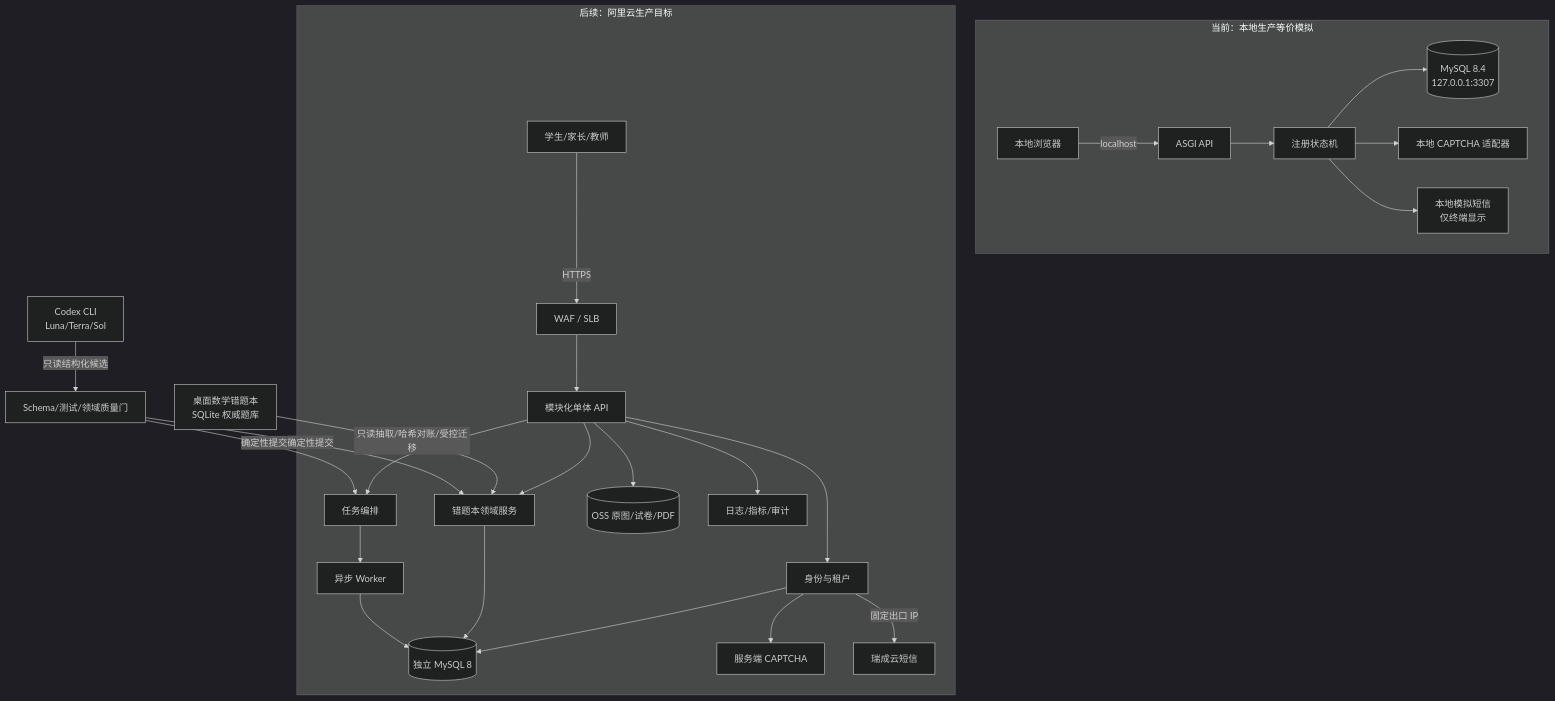
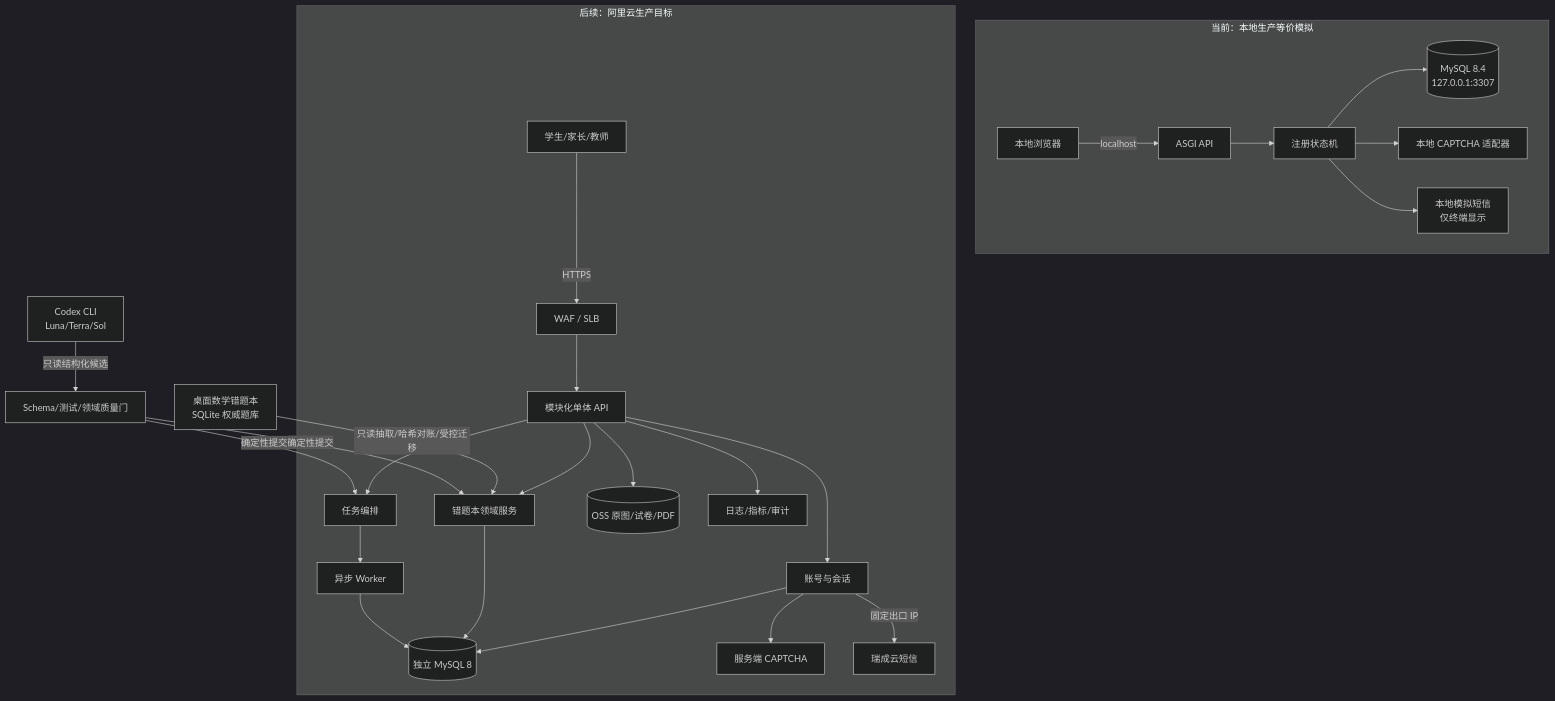
One commit to chjesu/math-error-notebook-web changed the first of 3 diagrams in PROJECT_ARCHITECTURE.md. Above: the diagram before and after it, drawn with Mermaid (dark theme). The commit also changed other lines of this file and 11 other files, not shown here.

````diff
--- a/PROJECT_ARCHITECTURE.md
+++ b/PROJECT_ARCHITECTURE.md
@@ -13,31 +17,31 @@
 ```mermaid
 flowchart TB
     subgraph LOCAL[当前：本地生产等价模拟]
         LB[本地浏览器] -->|localhost| LAPI[ASGI API]
         LAPI --> LAUTH[注册状态机]
         LAUTH --> LDB[(MySQL 8.4\n127.0.0.1:3307)]
         LAUTH --> LCAPTCHA[本地 CAPTCHA 适配器]
         LAUTH --> LSMS[本地模拟短信\n仅终端显示]
     end
 
     subgraph TARGET[后续：阿里云生产目标]
         U[学生/家长/教师] -->|HTTPS| WAF[WAF / SLB]
         WAF --> API[模块化单体 API]
-        API --> AUTH[身份与租户]
+        API --> AUTH[账号与会话]
         API --> DOMAIN[错题本领域服务]
         API --> JOBS[任务编排]
         JOBS --> WORKER[异步 Worker]
         AUTH --> MYSQL[(独立 MySQL 8)]
         DOMAIN --> MYSQL
         WORKER --> MYSQL
         API --> OSS[(OSS 原图/试卷/PDF)]
         AUTH --> CAPTCHA[服务端 CAPTCHA]
         AUTH -->|固定出口 IP| SMS[瑞成云短信]
         API --> OBS[日志/指标/审计]
     end
 
     DESKTOP[桌面数学错题本\nSQLite 权威题库] -->|只读抽取/哈希对账/受控迁移| DOMAIN
     REVIEW[Codex CLI\nLuna/Terra/Sol] -->|只读结构化候选| GATE[Schema/测试/领域质量门]
     GATE -->|确定性提交| DOMAIN
     GATE -->|确定性提交| JOBS
 ```
````
